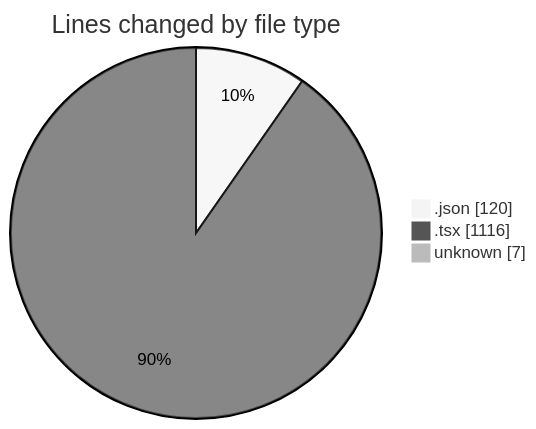
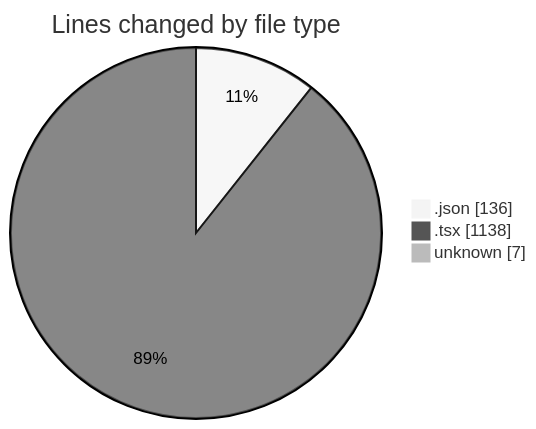
One commit to 3Nya3/code-tracking changed the first of 2 diagrams in 2024-12-31/nyah/README.md. Above: the diagram before and after it, drawn with Mermaid (neutral theme). The commit also changed other lines of this file and 1 other file, not shown here.

````diff
--- a/2024-12-31/nyah/README.md
+++ b/2024-12-31/nyah/README.md
@@ -22,7 +23,7 @@
 ```mermaid
 pie showData
 title Lines changed by file type
-".json" : 120
-".tsx" : 1116
+".json" : 136
+".tsx" : 1138
 "unknown" : 7
 ```
````
